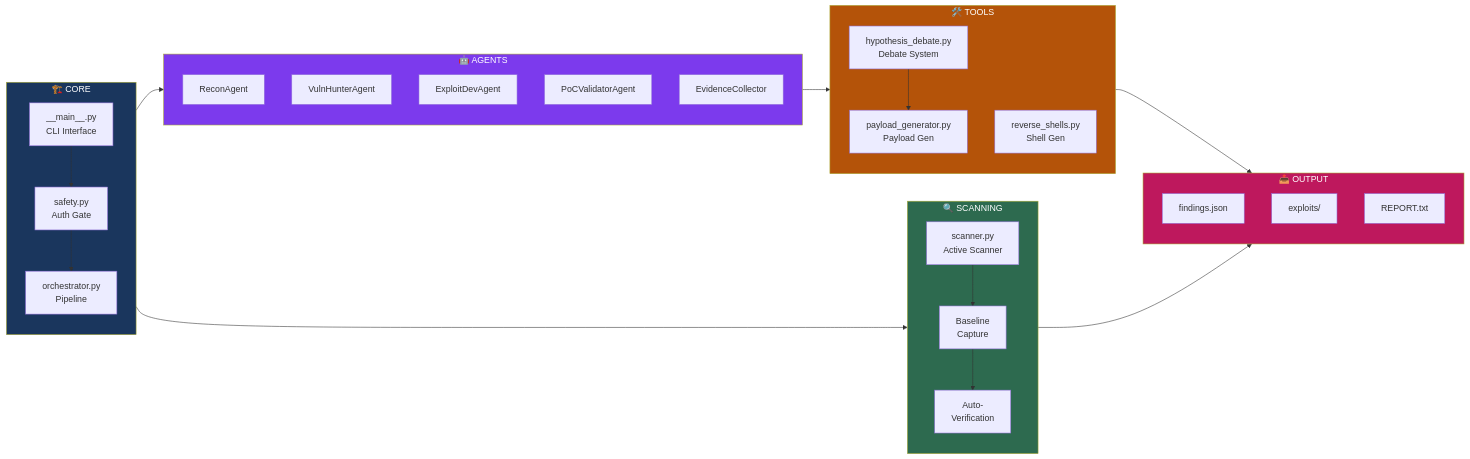
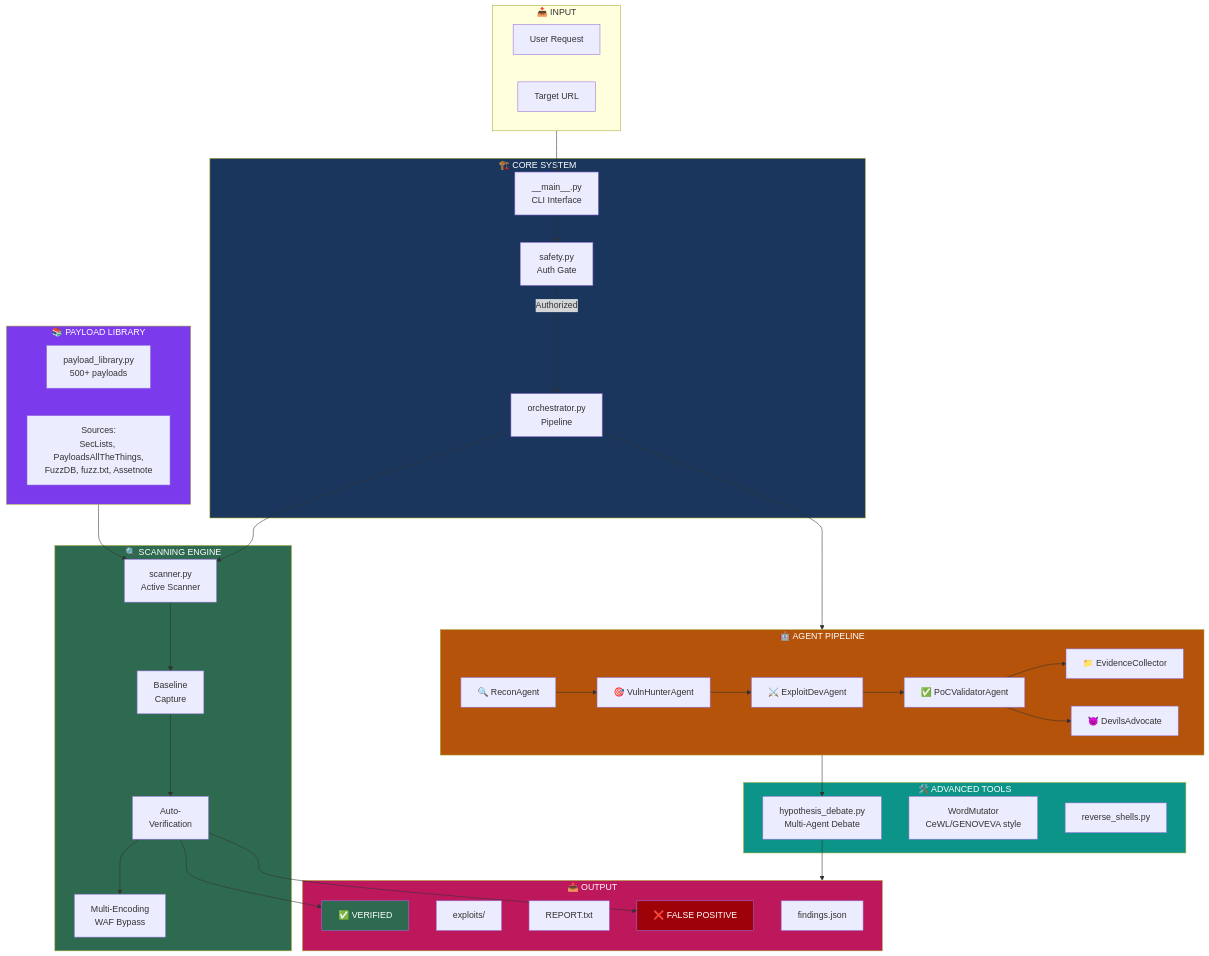
Before and after one commit to purwocode/AGENTIC: the first of 5 diagrams in README.md, drawn with Mermaid. The commit also changed other lines of this file and 1 other file, not shown here.

First line of the commit message:
v0.5.0: Expanded Payload Library with 485 payloads from security research sources

````diff
--- a/README.md
+++ b/README.md
@@ -31,54 +72,71 @@
 ```mermaid
-flowchart LR
-    subgraph CORE["🏗️ CORE"]
-        direction TB
-        CLI["__main__.py<br/>CLI Interface"]
-        ORCH["orchestrator.py<br/>Pipeline"]
-        SAFETY["safety.py<br/>Auth Gate"]
+flowchart TB
+    subgraph INPUT["📥 INPUT"]
+        REQ["User Request"]
+        TARGET["Target URL"]
     end
 
-    subgraph SCANNING["🔍 SCANNING"]
-        direction TB
+    subgraph CORE["🏗️ CORE SYSTEM"]
+        CLI["__main__.py<br/>CLI Interface"]
+        SAFETY["safety.py<br/>Auth Gate"]
+        ORCH["orchestrator.py<br/>Pipeline"]
+    end
+
+    subgraph PAYLOADS["📚 PAYLOAD LIBRARY"]
+        direction LR
+        PL["payload_library.py<br/>500+ payloads"]
+        SOURCES["Sources:<br/>SecLists, PayloadsAllTheThings,<br/>FuzzDB, fuzz.txt, Assetnote"]
+    end
+
+    subgraph SCANNING["🔍 SCANNING ENGINE"]
         SCANNER["scanner.py<br/>Active Scanner"]
         BASELINE["Baseline<br/>Capture"]
         VERIFY["Auto-<br/>Verification"]
+        ENCODER["Multi-Encoding<br/>WAF Bypass"]
     end
 
-    subgraph AGENTS["🤖 AGENTS"]
-        direction TB
-        AG1["ReconAgent"]
-        AG2["VulnHunterAgent"]
-        AG3["ExploitDevAgent"]
-        AG4["PoCValidatorAgent"]
-        AG5["EvidenceCollector"]
+    subgraph AGENTS["🤖 AGENT PIPELINE"]
+        AG1["🔍 ReconAgent"]
+        AG2["🎯 VulnHunterAgent"]
+        AG3["⚔️ ExploitDevAgent"]
+        AG4["✅ PoCValidatorAgent"]
+        AG5["📁 EvidenceCollector"]
+        AG6["👿 DevilsAdvocate"]
+        AG1 --> AG2 --> AG3 --> AG4 --> AG5
+        AG4 --> AG6
     end
 
-    subgraph TOOLS["🛠️ TOOLS"]
-        direction TB
-        DEBATE["hypothesis_debate.py<br/>Debate System"]
-        PAYLOAD["payload_generator.py<br/>Payload Gen"]
-        SHELL["reverse_shells.py<br/>Shell Gen"]
+    subgraph TOOLS["🛠️ ADVANCED TOOLS"]
+        DEBATE["hypothesis_debate.py<br/>Multi-Agent Debate"]
+        MUTATE["WordMutator<br/>CeWL/GENOVEVA style"]
+        SHELL["reverse_shells.py"]
     end
 
     subgraph OUTPUT["📤 OUTPUT"]
-        direction TB
         FINDINGS["findings.json"]
         EXPLOITS["exploits/"]
         REPORT["REPORT.txt"]
+        VERIFIED["✅ VERIFIED"]
+        FP["❌ FALSE POSITIVE"]
     end
 
-    CLI --> SAFETY --> ORCH
+    INPUT --> CLI --> SAFETY
+    SAFETY -->|Authorized| ORCH
+    PAYLOADS --> SCANNER
     ORCH --> SCANNER
-    SCANNER --> BASELINE --> VERIFY
+    SCANNER --> BASELINE --> VERIFY --> ENCODER
     ORCH --> AGENTS
     AGENTS --> DEBATE
-    DEBATE --> PAYLOAD
-    VERIFY --> OUTPUT
     DEBATE --> OUTPUT
+    VERIFY --> VERIFIED
+    VERIFY --> FP
 
     style CORE fill:#1a365d,color:#fff
+    style PAYLOADS fill:#7c3aed,color:#fff
     style SCANNING fill:#2d6a4f,color:#fff
-    style AGENTS fill:#7c3aed,color:#fff
-    style TOOLS fill:#b45309,color:#fff
+    style AGENTS fill:#b45309,color:#fff
+    style TOOLS fill:#0d9488,color:#fff
     style OUTPUT fill:#be185d,color:#fff
+    style VERIFIED fill:#2d6a4f,color:#fff
+    style FP fill:#9d0208,color:#fff
 ```
````
